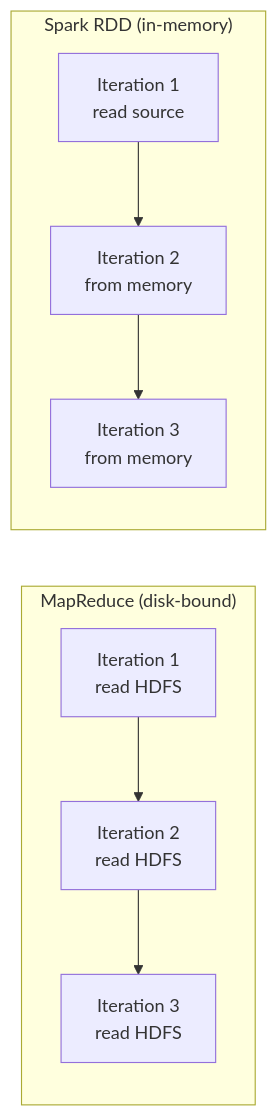
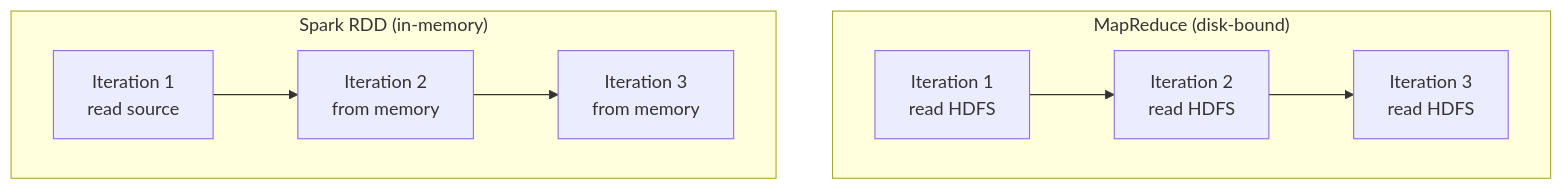
Before and after one commit to arindamchoudhury/spark-gyan: the first of 5 diagrams in docs/spark-book/ch05-rdds.md, drawn with Mermaid.

Commit message:
Ch05: stack MapReduce vs Spark RDD diagram as aligned horizontal lanes
Switch to flowchart TB with direction LR inside each subgraph so the two
flows stack top/bottom for direct comparison. No inter-subgraph edge, which
would otherwise cancel the subgraph direction in Mermaid.

````diff
--- a/docs/spark-book/ch05-rdds.md
+++ b/docs/spark-book/ch05-rdds.md
@@ -46,9 +46,11 @@
 ```mermaid
-flowchart LR
+flowchart TB
     subgraph MapReduce["MapReduce (disk-bound)"]
+        direction LR
         D1["Iteration 1\nread HDFS"] --> D2["Iteration 2\nread HDFS"] --> D3["Iteration 3\nread HDFS"]
     end
     subgraph Spark["Spark RDD (in-memory)"]
+        direction LR
         M1["Iteration 1\nread source"] --> M2["Iteration 2\nfrom memory"] --> M3["Iteration 3\nfrom memory"]
     end
 ```
````
